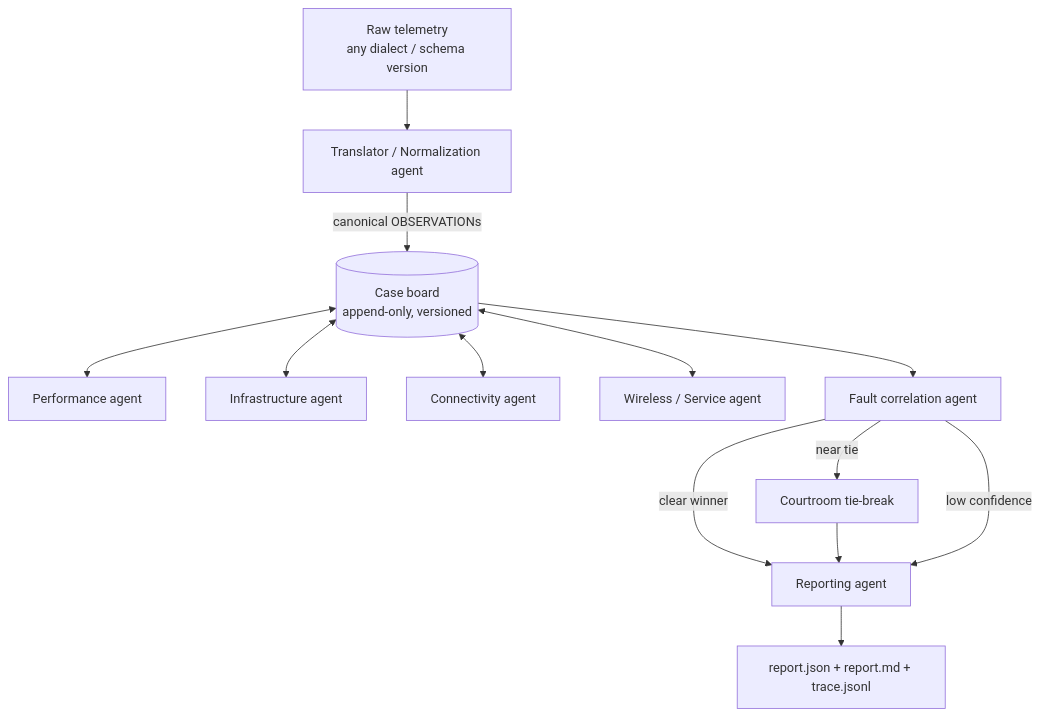
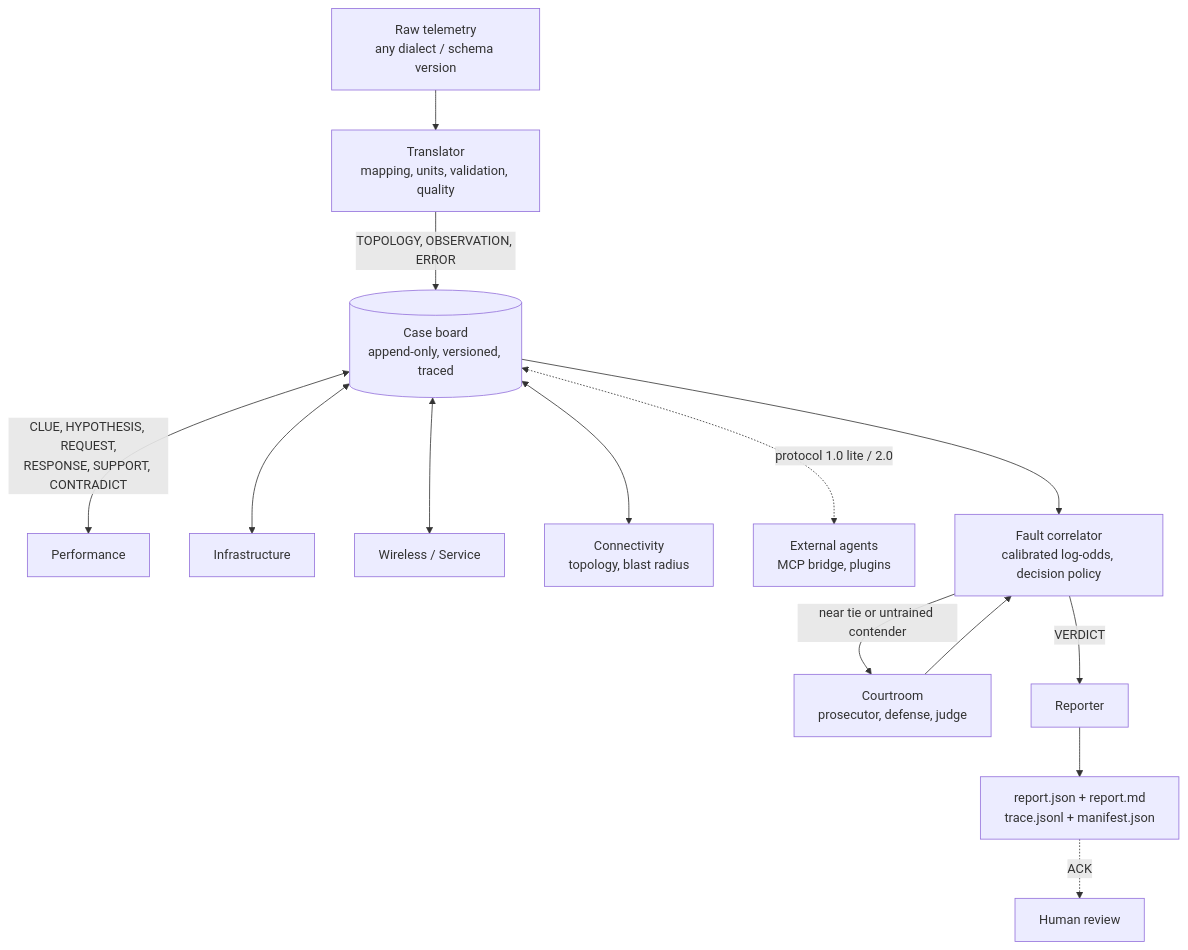
Before and after one commit to suvronilchatterjee7-create/netcoop-ai: the diagram in README.md, drawn with Mermaid. The commit also changed other lines of this file and 49 other files, not shown here.

````diff
--- a/README.md
+++ b/README.md
@@ -13,15 +59,16 @@
 ```mermaid
 flowchart TD
-    A[Raw telemetry<br/>any dialect / schema version] --> T[Translator / Normalization agent]
-    T -->|canonical OBSERVATIONs| B[(Case board<br/>append-only, versioned)]
-    B <--> P[Performance agent]
-    B <--> I[Infrastructure agent]
-    B <--> C[Connectivity agent]
-    B <--> W[Wireless / Service agent]
-    B --> F[Fault correlation agent]
-    F -->|clear winner| R[Reporting agent]
-    F -->|near tie| CT[Courtroom tie-break]
-    CT --> R
-    F -->|low confidence| R
-    R --> O[report.json + report.md + trace.jsonl]
+    A[Raw telemetry<br/>any dialect / schema version] --> T[Translator<br/>mapping, units, validation, quality]
+    T -->|TOPOLOGY, OBSERVATION, ERROR| B[(Case board<br/>append-only, versioned, traced)]
+    B <-->|CLUE, HYPOTHESIS, REQUEST,<br/>RESPONSE, SUPPORT, CONTRADICT| P[Performance]
+    B <--> I[Infrastructure]
+    B <--> W[Wireless / Service]
+    B <--> C[Connectivity<br/>topology, blast radius]
+    B <-.->|protocol 1.0 lite / 2.0| X[External agents<br/>MCP bridge, plugins]
+    B --> F[Fault correlator<br/>calibrated log-odds, decision policy]
+    F -->|near tie or untrained contender| CT[Courtroom<br/>prosecutor, defense, judge]
+    CT --> F
+    F -->|VERDICT| R[Reporter]
+    R --> O[report.json + report.md<br/>trace.jsonl + manifest.json]
+    O -.->|ACK| H[Human review]
 ```
````
